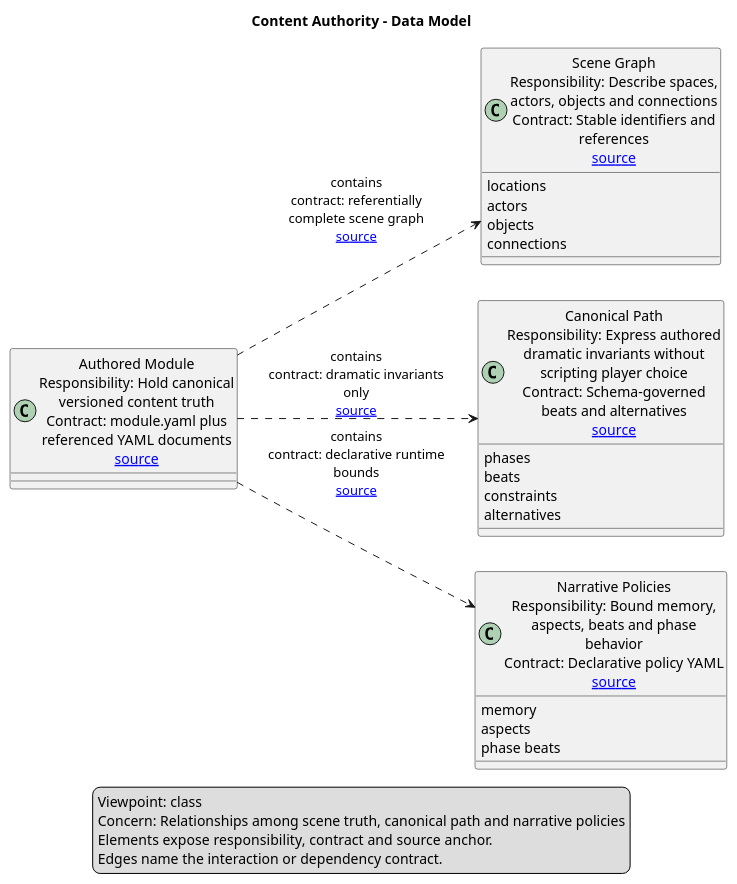
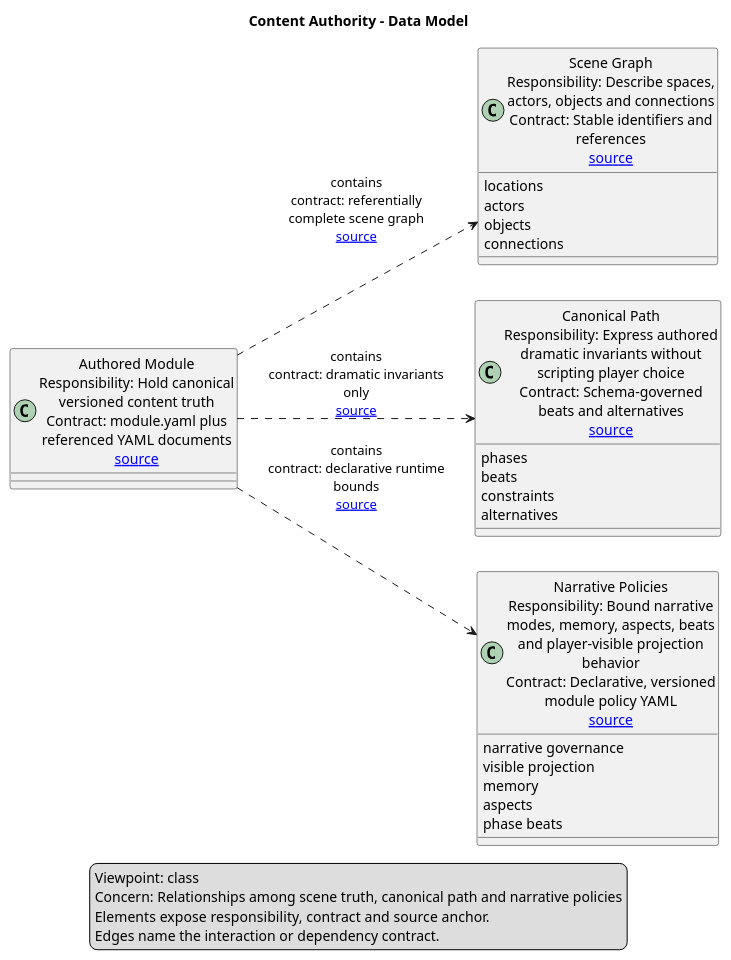
The diagram in UML/Components/content-authority/classes/content-data-model.puml (Held0fTheWelt/ASHEN-SHELL), drawn with PlantUML before and after one commit. The commit also changed 26 other files, not shown here.

Commit message:
refactor(runtime): drive visible projection from module policy

```diff
--- a/UML/Components/content-authority/classes/content-data-model.puml
+++ b/UML/Components/content-authority/classes/content-data-model.puml
@@ -1,46 +1,48 @@
 @startuml
 ' bt-view-kind: class
 ' bt-view-id: content-authority:content-data-model
 title Content Authority - Data Model
 left to right direction
 skinparam shadowing false
 skinparam wrapWidth 220
 skinparam maxMessageSize 180
 
 ' bt-element-id: module
 ' bt-element-id: scene_graph
 ' bt-element-id: canonical_path
 ' bt-element-id: policies
 
 class "Authored Module\nResponsibility: Hold canonical versioned content truth\nContract: module.yaml plus referenced YAML documents\n[[../../../../content/modules/god_of_carnage/module.yaml source]]" as module {
 
 }
 class "Scene Graph\nResponsibility: Describe spaces, actors, objects and connections\nContract: Stable identifiers and references\n[[../../../../content/modules/god_of_carnage/scene_graph.yaml source]]" as scene_graph {
   locations
   actors
   objects
   connections
 }
 class "Canonical Path\nResponsibility: Express authored dramatic invariants without scripting player choice\nContract: Schema-governed beats and alternatives\n[[../../../../content/modules/god_of_carnage/canonical_path/_schema.yaml source]]" as canonical_path {
   phases
   beats
   constraints
   alternatives
 }
-class "Narrative Policies\nResponsibility: Bound memory, aspects, beats and phase behavior\nContract: Declarative policy YAML\n[[../../../../content/modules/god_of_carnage/narrative_aspect_policy.yaml source]]" as policies {
+class "Narrative Policies\nResponsibility: Bound narrative modes, memory, aspects, beats and player-visible projection behavior\nContract: Declarative, versioned module policy YAML\n[[../../../../content/modules/god_of_carnage/module.yaml source]]" as policies {
+  narrative governance
+  visible projection
   memory
   aspects
   phase beats
 }
 
 module ..> canonical_path : "contains\ncontract: dramatic invariants only\n[[../../../../content/modules/god_of_carnage/canonical_path/_schema.yaml source]]"
 module ..> policies : "contains\ncontract: declarative runtime bounds\n[[../../../../content/modules/god_of_carnage/module.yaml source]]"
 module ..> scene_graph : "contains\ncontract: referentially complete scene graph\n[[../../../../content/modules/god_of_carnage/scene_graph.yaml source]]"
 
 legend bottom
 Viewpoint: class
 Concern: Relationships among scene truth, canonical path and narrative policies
 Elements expose responsibility, contract and source anchor.
 Edges name the interaction or dependency contract.
 endlegend
 @enduml
```
